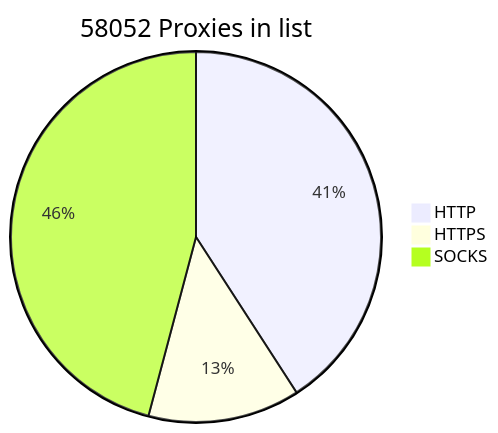
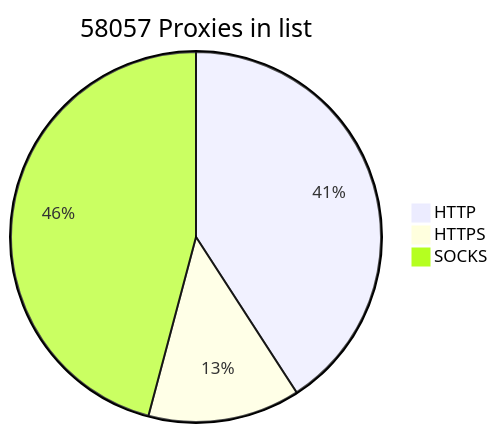
Before and after one commit to BlackSnowDot/proxylist-update-every-minute: the diagram in README.md, drawn with Mermaid.

````diff
--- a/README.md
+++ b/README.md
@@ -2,6 +2,6 @@
 ```mermaid
-pie title 58052 Proxies in list
+pie title 58057 Proxies in list
     "HTTP" : 26711
-    "HTTPS": 8676
+    "HTTPS": 8682
     "SOCKS" : 29981
 ```
````
